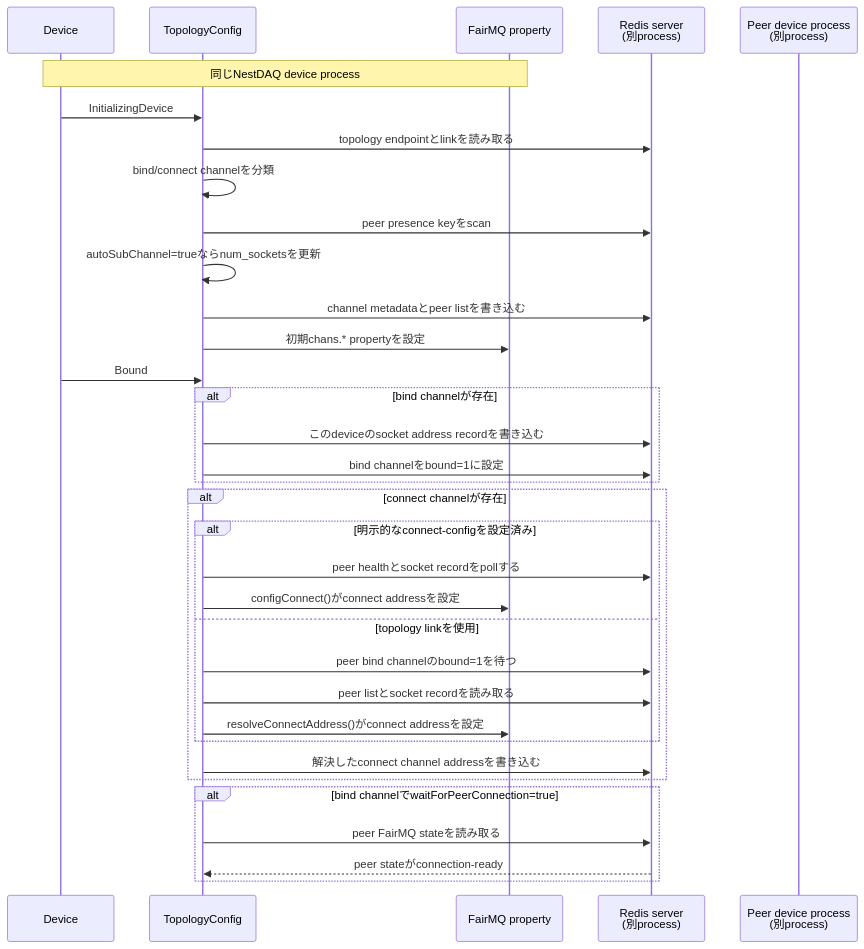
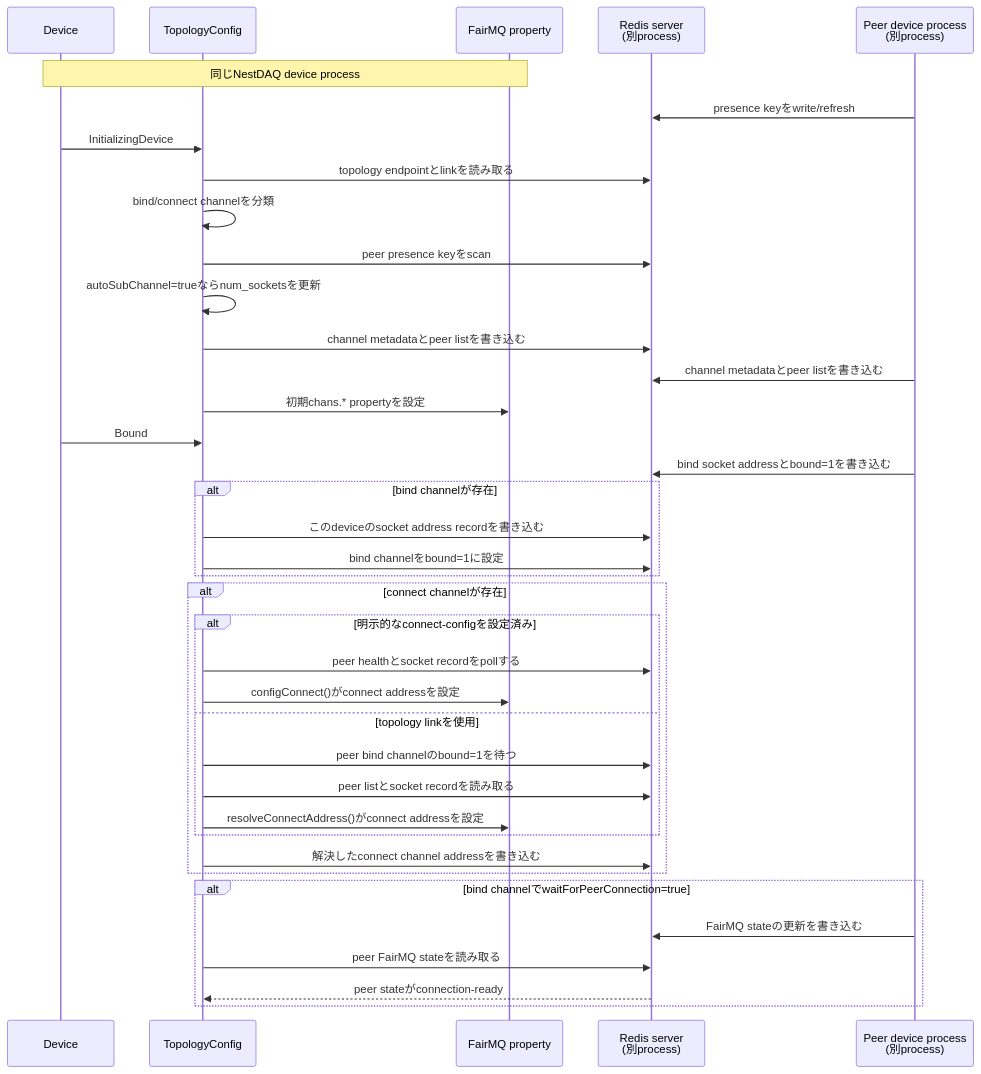
The second of 3 diagrams in plugins/README.ja.md (tntakahashi/nestdaq), drawn with Mermaid before and after one commit. The commit also changed other lines of this file and 1 other file, not shown here.

Commit message:
docs(plugins): show peer device actions in topology sequence

````diff
--- a/plugins/README.ja.md
+++ b/plugins/README.ja.md
@@ -357,38 +357,42 @@
 ```mermaid
 sequenceDiagram
     participant Device
     participant TopologyConfig
     participant FairMQProperties as FairMQ property
     participant Redis as Redis server<br/>(別process)
     participant PeerDevices as Peer device process<br/>(別process)
     Note over Device,FairMQProperties: 同じNestDAQ device process
 
+    PeerDevices->>Redis: presence keyをwrite/refresh
     Device->>TopologyConfig: InitializingDevice
     TopologyConfig->>Redis: topology endpointとlinkを読み取る
     TopologyConfig->>TopologyConfig: bind/connect channelを分類
     TopologyConfig->>Redis: peer presence keyをscan
     TopologyConfig->>TopologyConfig: autoSubChannel=trueならnum_socketsを更新
     TopologyConfig->>Redis: channel metadataとpeer listを書き込む
+    PeerDevices->>Redis: channel metadataとpeer listを書き込む
     TopologyConfig->>FairMQProperties: 初期chans.* propertyを設定
 
     Device->>TopologyConfig: Bound
+    PeerDevices->>Redis: bind socket addressとbound=1を書き込む
     alt bind channelが存在
         TopologyConfig->>Redis: このdeviceのsocket address recordを書き込む
         TopologyConfig->>Redis: bind channelをbound=1に設定
     end
     alt connect channelが存在
         alt 明示的なconnect-configを設定済み
             TopologyConfig->>Redis: peer healthとsocket recordをpollする
             TopologyConfig->>FairMQProperties: configConnect()がconnect addressを設定
         else topology linkを使用
             TopologyConfig->>Redis: peer bind channelのbound=1を待つ
             TopologyConfig->>Redis: peer listとsocket recordを読み取る
             TopologyConfig->>FairMQProperties: resolveConnectAddress()がconnect addressを設定
         end
         TopologyConfig->>Redis: 解決したconnect channel addressを書き込む
     end
     alt bind channelでwaitForPeerConnection=true
+        PeerDevices->>Redis: FairMQ stateの更新を書き込む
         TopologyConfig->>Redis: peer FairMQ stateを読み取る
         Redis-->>TopologyConfig: peer stateがconnection-ready
     end
 ```
````
